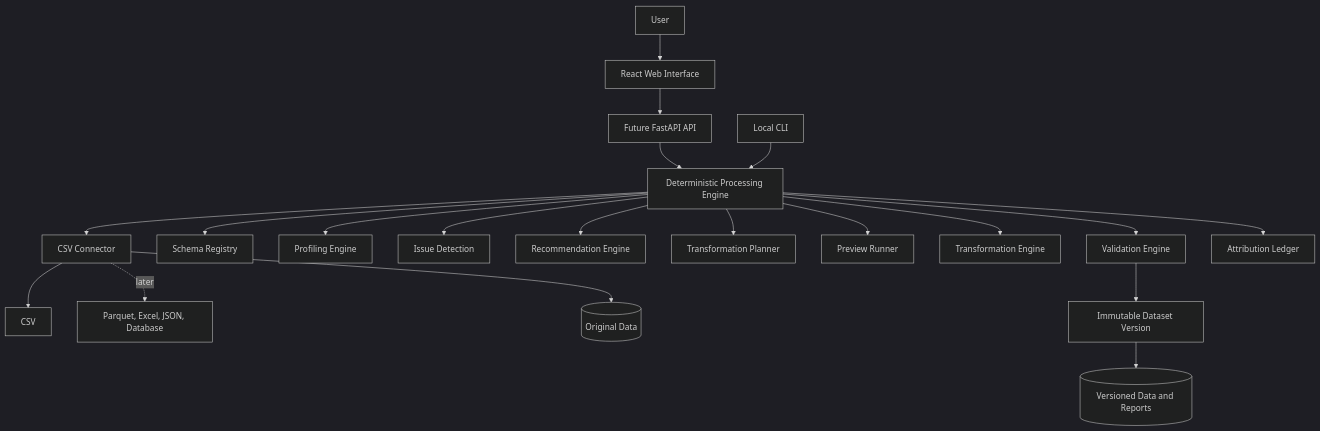
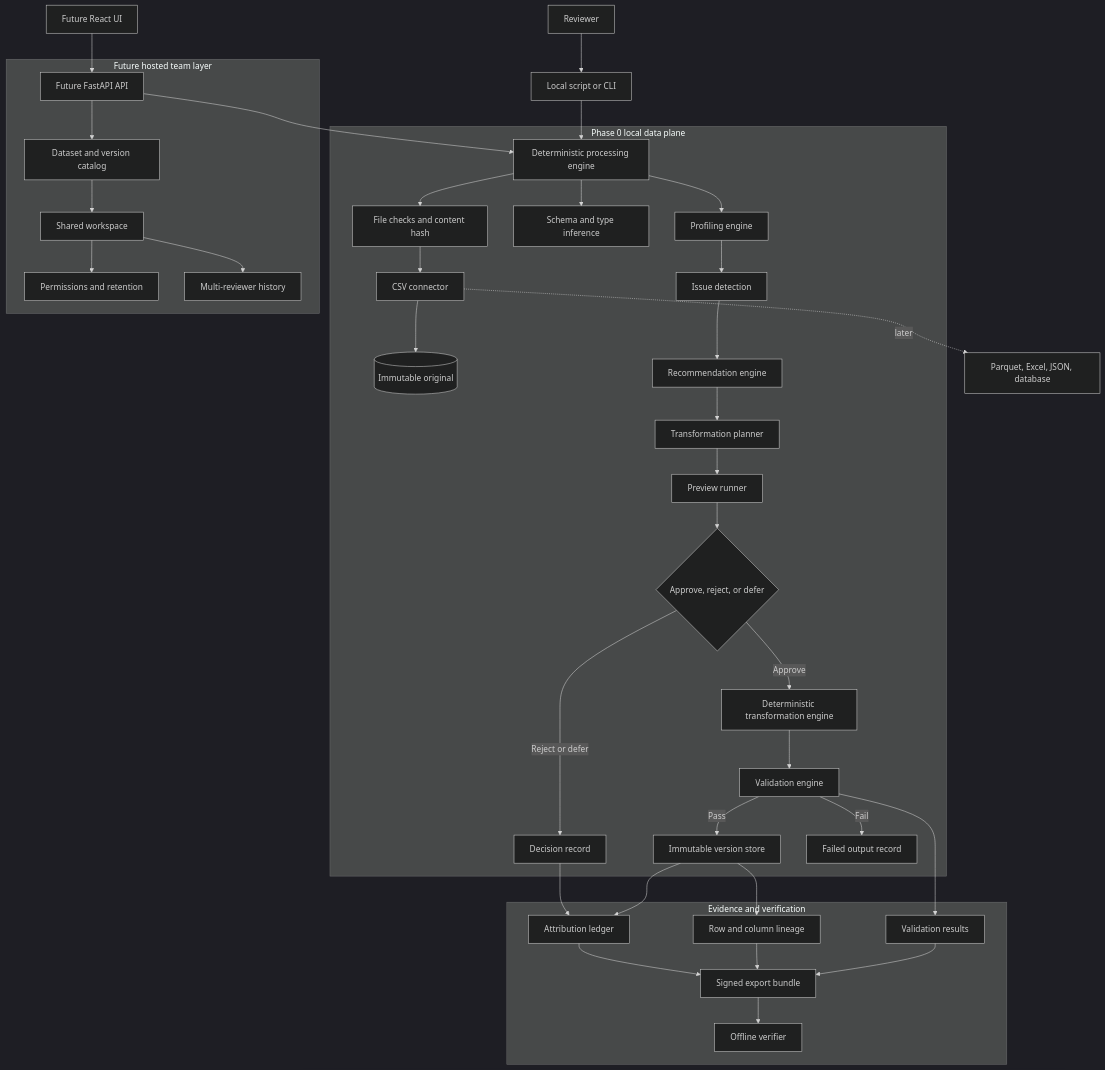
One commit to SujAnverse1125/ClearSet changed the diagram in docs/ARCHITECTURE.md. Above: the diagram before and after it, drawn with Mermaid (dark theme). The commit also changed 4 other files, not shown here.

Commit message:
Expand product evidence diagrams

````diff
--- a/docs/ARCHITECTURE.md
+++ b/docs/ARCHITECTURE.md
@@ -30,26 +30,44 @@
 ```mermaid
 flowchart TB
-	User[User] --> UI[React Web Interface]
-	UI --> API[FastAPI Application API]
+	User[Reviewer] --> CLI[Local script or CLI]
+	UI[Future React UI] --> API[Future FastAPI API]
+	CLI --> Engine[Deterministic processing engine]
+	API --> Engine
 
-	CLI[Local CLI] --> Worker[Deterministic Processing Engine]
-	API[Future FastAPI API] --> Worker
+	subgraph Phase0[Phase 0 local data plane]
+		Engine --> Intake[File checks and content hash]
+		Intake --> Connector[CSV connector]
+		Connector --> Raw[(Immutable original)]
+		Engine --> Schema[Schema and type inference]
+		Engine --> Profiler[Profiling engine]
+		Profiler --> Detector[Issue detection]
+		Detector --> Recommender[Recommendation engine]
+		Recommender --> Planner[Transformation planner]
+		Planner --> Preview[Preview runner]
+		Preview --> Review{Approve, reject, or defer}
+		Review -->|Approve| Transformer[Deterministic transformation engine]
+		Review -->|Reject or defer| Decision[Decision record]
+		Transformer --> Validator[Validation engine]
+		Validator -->|Pass| Version[Immutable version store]
+		Validator -->|Fail| Failure[Failed output record]
+	end
 
-	Worker --> Connector[CSV Connector]
-	Connector --> CSV[CSV]
-	Connector -. later .-> Formats[Parquet, Excel, JSON, Database]
+	subgraph Trust[Evidence and verification]
+		Decision --> Ledger[Attribution ledger]
+		Version --> Ledger
+		Version --> Lineage[Row and column lineage]
+		Validator --> Results[Validation results]
+		Ledger --> Bundle[Signed export bundle]
+		Lineage --> Bundle
+		Results --> Bundle
+		Bundle --> Verify[Offline verifier]
+	end
 
-	Worker --> Schema[Schema Registry]
-	Worker --> Profiler[Profiling Engine]
-	Worker --> Detector[Issue Detection]
-	Worker --> Recommender[Recommendation Engine]
-	Worker --> Planner[Transformation Planner]
-	Worker --> Preview[Preview Runner]
-	Worker --> Transformer[Transformation Engine]
-	Worker --> Validator[Validation Engine]
-
-	Validator --> Version[Immutable Dataset Version]
-	Worker --> Ledger[Attribution Ledger]
-	Connector --> Raw[(Original Data)]
-	Version --> Outputs[(Versioned Data and Reports)]
+	subgraph Hosted[Future hosted team layer]
+		API --> Catalog[Dataset and version catalog]
+		Catalog --> Workspace[Shared workspace]
+		Workspace --> Access[Permissions and retention]
+		Workspace --> Reviewers[Multi-reviewer history]
+	end
+	Connector -. later .-> Formats[Parquet, Excel, JSON, database]
 ```
````
